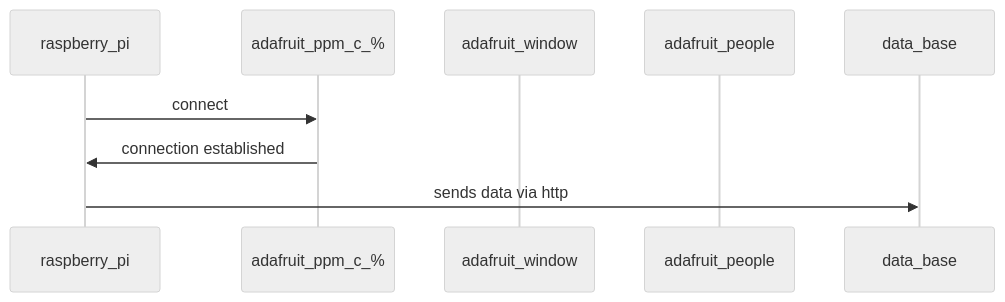
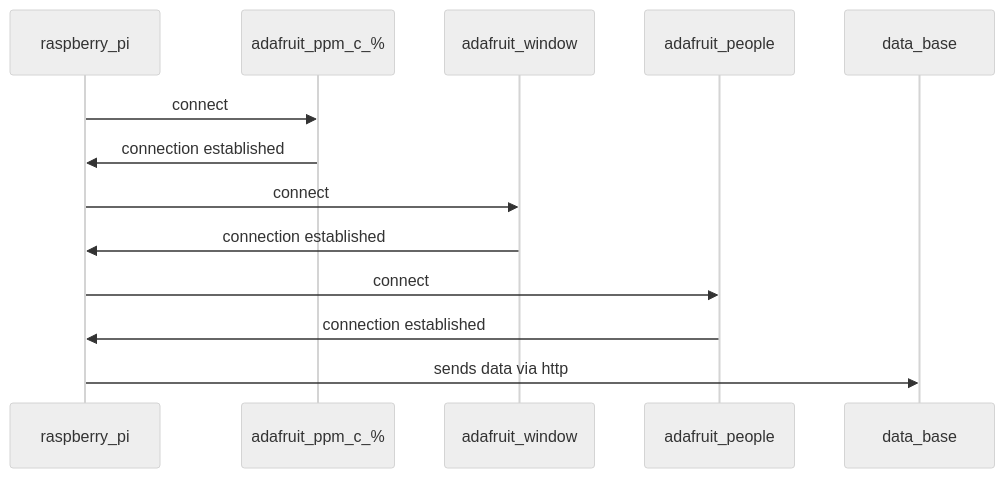
Before and after one commit to nicolarohner1337/smartclassroom: the diagram in abgabe_bericht/software_module_sequenzdiagramme/mainUnit.md, drawn with Mermaid (neutral theme).

````diff
--- a/abgabe_bericht/software_module_sequenzdiagramme/mainUnit.md
+++ b/abgabe_bericht/software_module_sequenzdiagramme/mainUnit.md
@@ -2,11 +2,15 @@
 ```mermaid
 sequenceDiagram
     participant raspberry_pi
     participant adafruit_ppm_c_%
     participant adafruit_window
     participant adafruit_people
     participant data_base
     raspberry_pi->>adafruit_ppm_c_%: connect
     adafruit_ppm_c_%->>raspberry_pi: connection established
+    raspberry_pi->>adafruit_window: connect
+    adafruit_window->>raspberry_pi: connection established
+    raspberry_pi->>adafruit_people: connect
+    adafruit_people->>raspberry_pi: connection established
     raspberry_pi->>data_base: sends data via http
 ```
````
